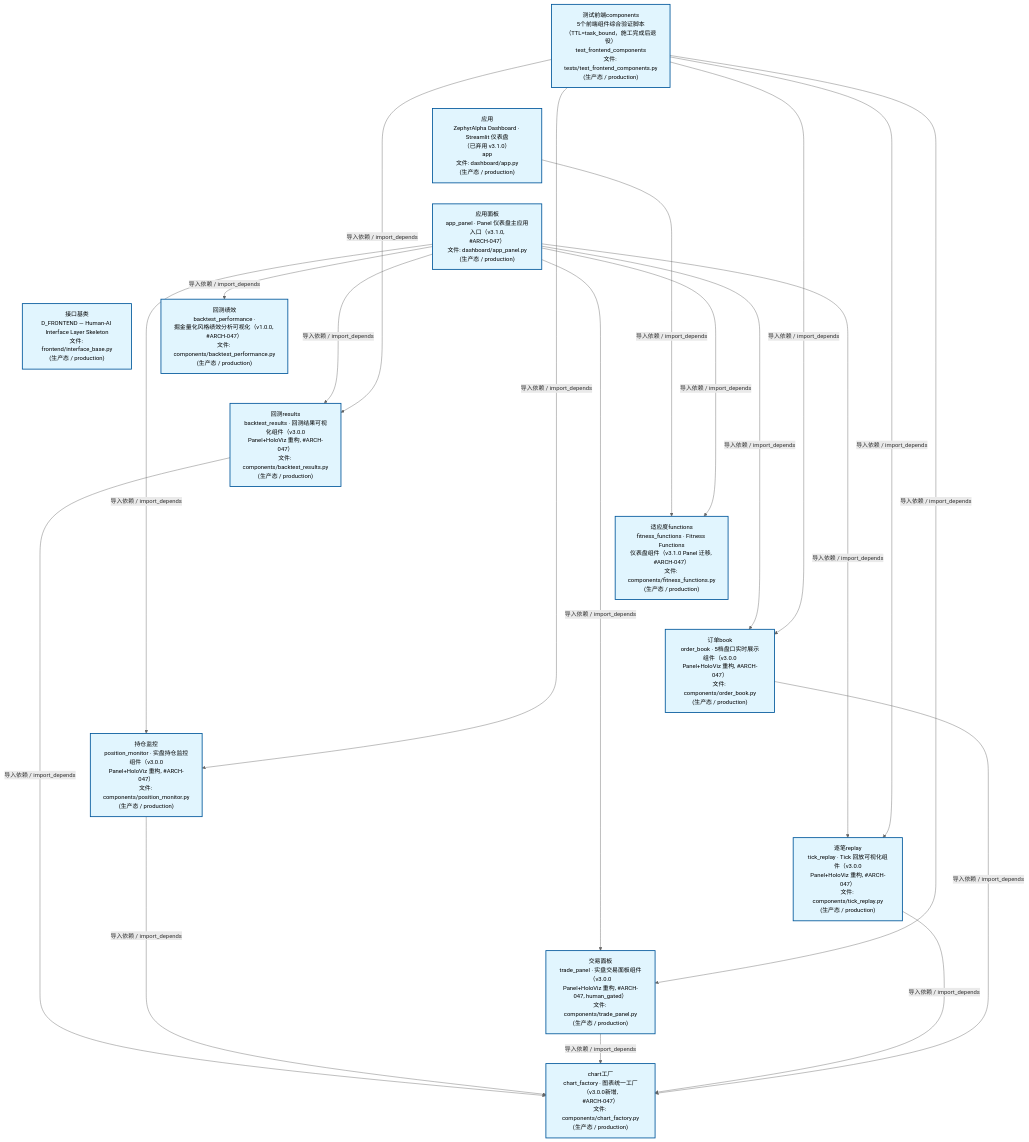
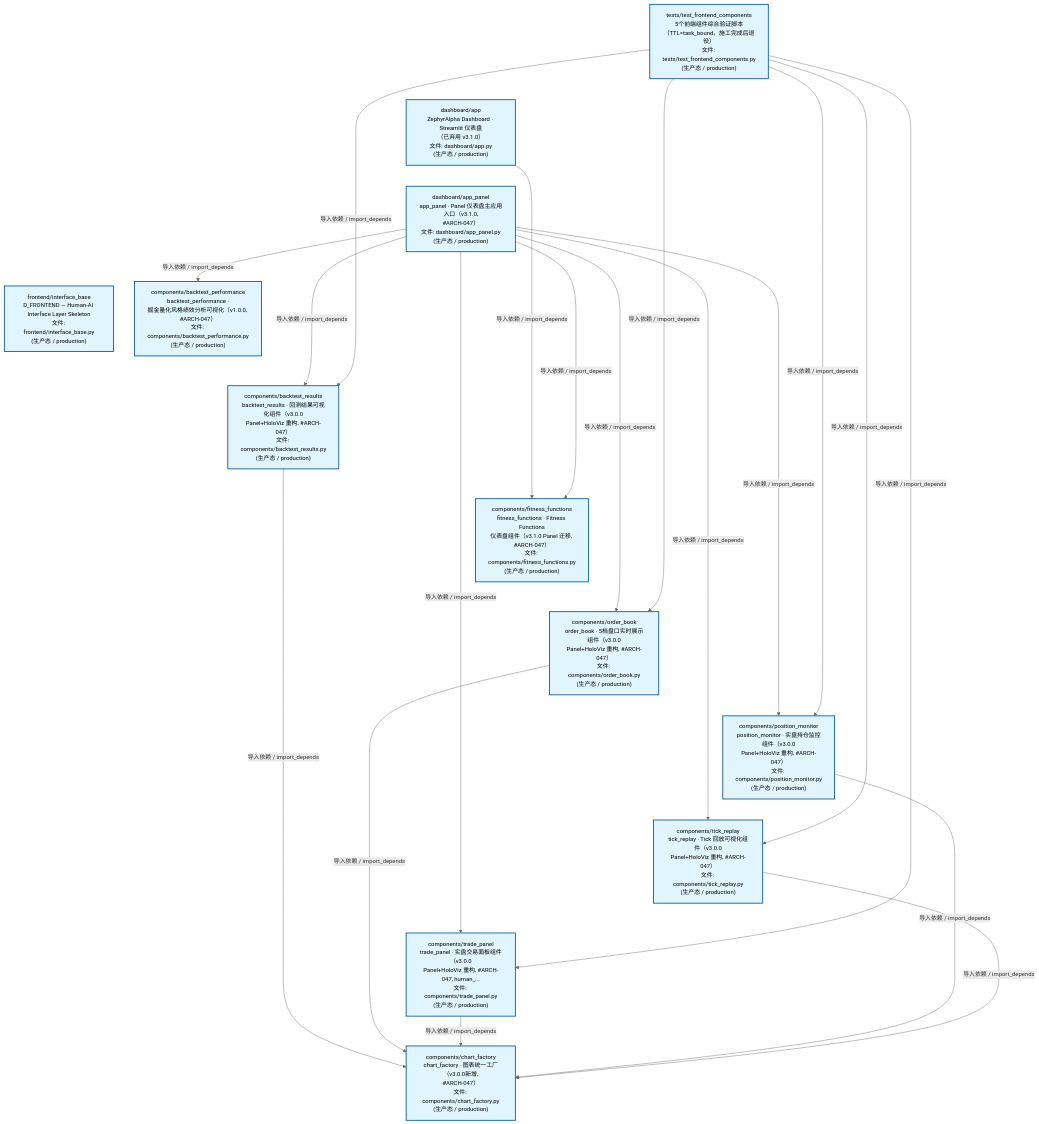
One commit to xuanFelixVan/ZephyrAlpha changed the second of 4 diagrams in docs/02_enterprise_architecture/02_domain_architecture_docs/47_d_frontend.md. Above: the diagram before and after it, drawn with Mermaid. The commit also changed other lines of this file and 58 other files, not shown here.

````diff
--- a/docs/02_enterprise_architecture/02_domain_architecture_docs/47_d_frontend.md
+++ b/docs/02_enterprise_architecture/02_domain_architecture_docs/47_d_frontend.md
@@ -124,48 +124,48 @@
 ```mermaid
 %%{init: {'theme': 'base', 'themeVariables': {'primaryColor': '#eaeaea', 'primaryTextColor': '#333333', 'primaryBorderColor': '#666666', 'lineColor': '#666666', 'secondaryColor': '#eaeaea', 'tertiaryColor': '#eaeaea', 'fontSize': '14px'}}}%%
 flowchart TD
-    scripts_tests_test_frontend_components_py["测试前端components<br/>5个前端组件综合验证脚本<br/>（TTL=task_bound，施工完成后退役）<br/>test_frontend_components<br/>文件: tests/test_frontend_components.py<br/>(生产态 / production)"]
-    src_zephyr_frontend_dashboard_app_py["应用<br/>ZephyrAlpha Dashboard · Streamlit 仪表盘<br/>（已弃用 v3.1.0）<br/>app<br/>文件: dashboard/app.py<br/>(生产态 / production)"]
-    src_zephyr_frontend_dashboard_app_panel_py["应用面板<br/>app_panel · Panel 仪表盘主应用入口（v3.1.0,<br/>#ARCH-047）<br/>文件: dashboard/app_panel.py<br/>(生产态 / production)"]
-    src_zephyr_frontend_interface_base_py["接口基类<br/>D_FRONTEND — Human-AI Interface Layer Skeleton<br/>文件: frontend/interface_base.py<br/>(生产态 / production)"]
+    scripts_tests_test_frontend_components_py["tests/test_frontend_components<br/>5个前端组件综合验证脚本<br/>（TTL=task_bound，施工完成后退役）<br/>文件: tests/test_frontend_components.py<br/>(生产态 / production)"]
+    src_zephyr_frontend_dashboard_app_py["dashboard/app<br/>ZephyrAlpha Dashboard · Streamlit 仪表盘<br/>（已弃用 v3.1.0）<br/>文件: dashboard/app.py<br/>(生产态 / production)"]
+    src_zephyr_frontend_dashboard_app_panel_py["dashboard/app_panel<br/>app_panel · Panel 仪表盘主应用入口（v3.1.0,<br/>#ARCH-047）<br/>文件: dashboard/app_panel.py<br/>(生产态 / production)"]
+    src_zephyr_frontend_interface_base_py["frontend/interface_base<br/>D_FRONTEND — Human-AI Interface Layer Skeleton<br/>文件: frontend/interface_base.py<br/>(生产态 / production)"]
     scripts_tests_test_frontend_components_py ~~~ src_zephyr_frontend_dashboard_app_py
     src_zephyr_frontend_dashboard_app_py ~~~ src_zephyr_frontend_dashboard_app_panel_py
     src_zephyr_frontend_dashboard_app_panel_py ~~~ src_zephyr_frontend_interface_base_py
-    src_zephyr_frontend_dashboard_components_backtest_performance_py["回测绩效<br/>backtest_performance ·<br/>掘金量化风格绩效分析可视化（v1.0.0, #ARCH-047）<br/>文件: components/backtest_performance.py<br/>(生产态 / production)"]
-    src_zephyr_frontend_dashboard_components_backtest_results_py["回测results<br/>backtest_results · 回测结果可视化组件（v3.0.0<br/>Panel+HoloViz 重构, #ARCH-047）<br/>文件: components/backtest_results.py<br/>(生产态 / production)"]
-    src_zephyr_frontend_dashboard_components_fitness_functions_py["适应度functions<br/>fitness_functions · Fitness Functions<br/>仪表盘组件（v3.1.0 Panel 迁移, #ARCH-047）<br/>文件: components/fitness_functions.py<br/>(生产态 / production)"]
-    src_zephyr_frontend_dashboard_components_order_book_py["订单book<br/>order_book · 5档盘口实时展示组件（v3.0.0<br/>Panel+HoloViz 重构, #ARCH-047）<br/>文件: components/order_book.py<br/>(生产态 / production)"]
-    src_zephyr_frontend_dashboard_components_position_monitor_py["持仓监控<br/>position_monitor · 实盘持仓监控组件（v3.0.0<br/>Panel+HoloViz 重构, #ARCH-047）<br/>文件: components/position_monitor.py<br/>(生产态 / production)"]
-    src_zephyr_frontend_dashboard_components_tick_replay_py["逐笔replay<br/>tick_replay · Tick 回放可视化组件（v3.0.0<br/>Panel+HoloViz 重构, #ARCH-047）<br/>文件: components/tick_replay.py<br/>(生产态 / production)"]
-    src_zephyr_frontend_dashboard_components_trade_panel_py["交易面板<br/>trade_panel · 实盘交易面板组件（v3.0.0<br/>Panel+HoloViz 重构, #ARCH-047, human_gated）<br/>文件: components/trade_panel.py<br/>(生产态 / production)"]
+    src_zephyr_frontend_dashboard_components_backtest_performance_py["components/backtest_performance<br/>backtest_performance ·<br/>掘金量化风格绩效分析可视化（v1.0.0, #ARCH-047）<br/>文件: components/backtest_performance.py<br/>(生产态 / production)"]
+    src_zephyr_frontend_dashboard_components_backtest_results_py["components/backtest_results<br/>backtest_results · 回测结果可视化组件（v3.0.0<br/>Panel+HoloViz 重构, #ARCH-047）<br/>文件: components/backtest_results.py<br/>(生产态 / production)"]
+    src_zephyr_frontend_dashboard_components_fitness_functions_py["components/fitness_functions<br/>fitness_functions · Fitness Functions<br/>仪表盘组件（v3.1.0 Panel 迁移, #ARCH-047）<br/>文件: components/fitness_functions.py<br/>(生产态 / production)"]
+    src_zephyr_frontend_dashboard_components_order_book_py["components/order_book<br/>order_book · 5档盘口实时展示组件（v3.0.0<br/>Panel+HoloViz 重构, #ARCH-047）<br/>文件: components/order_book.py<br/>(生产态 / production)"]
+    src_zephyr_frontend_dashboard_components_position_monitor_py["components/position_monitor<br/>position_monitor · 实盘持仓监控组件（v3.0.0<br/>Panel+HoloViz 重构, #ARCH-047）<br/>文件: components/position_monitor.py<br/>(生产态 / production)"]
+    src_zephyr_frontend_dashboard_components_tick_replay_py["components/tick_replay<br/>tick_replay · Tick 回放可视化组件（v3.0.0<br/>Panel+HoloViz 重构, #ARCH-047）<br/>文件: components/tick_replay.py<br/>(生产态 / production)"]
+    src_zephyr_frontend_dashboard_components_trade_panel_py["components/trade_panel<br/>trade_panel · 实盘交易面板组件（v3.0.0<br/>Panel+HoloViz 重构, #ARCH-047, human_...<br/>文件: components/trade_panel.py<br/>(生产态 / production)"]
     src_zephyr_frontend_dashboard_components_backtest_performance_py ~~~ src_zephyr_frontend_dashboard_components_backtest_results_py
     src_zephyr_frontend_dashboard_components_backtest_results_py ~~~ src_zephyr_frontend_dashboard_components_fitness_functions_py
     src_zephyr_frontend_dashboard_components_fitness_functions_py ~~~ src_zephyr_frontend_dashboard_components_order_book_py
     src_zephyr_frontend_dashboard_components_order_book_py ~~~ src_zephyr_frontend_dashboard_components_position_monitor_py
     src_zephyr_frontend_dashboard_components_position_monitor_py ~~~ src_zephyr_frontend_dashboard_components_tick_replay_py
     src_zephyr_frontend_dashboard_components_tick_replay_py ~~~ src_zephyr_frontend_dashboard_components_trade_panel_py
-    src_zephyr_frontend_dashboard_components_chart_factory_py["chart工厂<br/>chart_factory · 图表统一工厂（v3.0.0新增,<br/>#ARCH-047）<br/>文件: components/chart_factory.py<br/>(生产态 / production)"]
+    src_zephyr_frontend_dashboard_components_chart_factory_py["components/chart_factory<br/>chart_factory · 图表统一工厂（v3.0.0新增,<br/>#ARCH-047）<br/>文件: components/chart_factory.py<br/>(生产态 / production)"]
+    src_zephyr_frontend_dashboard_app_py -->|导入依赖 / import_depends| src_zephyr_frontend_dashboard_components_fitness_functions_py
     src_zephyr_frontend_dashboard_components_backtest_results_py -->|导入依赖 / import_depends| src_zephyr_frontend_dashboard_components_chart_factory_py
-    src_zephyr_frontend_dashboard_app_py -->|导入依赖 / import_depends| src_zephyr_frontend_dashboard_components_fitness_functions_py
     src_zephyr_frontend_dashboard_app_panel_py -->|导入依赖 / import_depends| src_zephyr_frontend_dashboard_components_backtest_results_py
     src_zephyr_frontend_dashboard_app_panel_py -->|导入依赖 / import_depends| src_zephyr_frontend_dashboard_components_backtest_performance_py
     src_zephyr_frontend_dashboard_app_panel_py -->|导入依赖 / import_depends| src_zephyr_frontend_dashboard_components_fitness_functions_py
+    src_zephyr_frontend_dashboard_app_panel_py -->|导入依赖 / import_depends| src_zephyr_frontend_dashboard_components_order_book_py
+    src_zephyr_frontend_dashboard_app_panel_py -->|导入依赖 / import_depends| src_zephyr_frontend_dashboard_components_trade_panel_py
     src_zephyr_frontend_dashboard_app_panel_py -->|导入依赖 / import_depends| src_zephyr_frontend_dashboard_components_position_monitor_py
-    src_zephyr_frontend_dashboard_app_panel_py -->|导入依赖 / import_depends| src_zephyr_frontend_dashboard_components_trade_panel_py
     src_zephyr_frontend_dashboard_app_panel_py -->|导入依赖 / import_depends| src_zephyr_frontend_dashboard_components_tick_replay_py
-    src_zephyr_frontend_dashboard_app_panel_py -->|导入依赖 / import_depends| src_zephyr_frontend_dashboard_components_order_book_py
+    src_zephyr_frontend_dashboard_components_order_book_py -->|导入依赖 / import_depends| src_zephyr_frontend_dashboard_components_chart_factory_py
+    src_zephyr_frontend_dashboard_components_trade_panel_py -->|导入依赖 / import_depends| src_zephyr_frontend_dashboard_components_chart_factory_py
     src_zephyr_frontend_dashboard_components_position_monitor_py -->|导入依赖 / import_depends| src_zephyr_frontend_dashboard_components_chart_factory_py
-    src_zephyr_frontend_dashboard_components_trade_panel_py -->|导入依赖 / import_depends| src_zephyr_frontend_dashboard_components_chart_factory_py
     src_zephyr_frontend_dashboard_components_tick_replay_py -->|导入依赖 / import_depends| src_zephyr_frontend_dashboard_components_chart_factory_py
-    src_zephyr_frontend_dashboard_components_order_book_py -->|导入依赖 / import_depends| src_zephyr_frontend_dashboard_components_chart_factory_py
     scripts_tests_test_frontend_components_py -->|导入依赖 / import_depends| src_zephyr_frontend_dashboard_components_backtest_results_py
+    scripts_tests_test_frontend_components_py -->|导入依赖 / import_depends| src_zephyr_frontend_dashboard_components_order_book_py
+    scripts_tests_test_frontend_components_py -->|导入依赖 / import_depends| src_zephyr_frontend_dashboard_components_trade_panel_py
     scripts_tests_test_frontend_components_py -->|导入依赖 / import_depends| src_zephyr_frontend_dashboard_components_position_monitor_py
-    scripts_tests_test_frontend_components_py -->|导入依赖 / import_depends| src_zephyr_frontend_dashboard_components_trade_panel_py
     scripts_tests_test_frontend_components_py -->|导入依赖 / import_depends| src_zephyr_frontend_dashboard_components_tick_replay_py
-    scripts_tests_test_frontend_components_py -->|导入依赖 / import_depends| src_zephyr_frontend_dashboard_components_order_book_py
     classDef production fill:#e1f5fe,stroke:#01579b,stroke-width:2px,color:#000
     classDef design fill:#fff3e0,stroke:#e65100,stroke-width:2px,color:#000,stroke-dasharray: 5 5
     classDef external_prod fill:#e8f4fd,stroke:#0277bd,stroke-width:1px,color:#000
     classDef external_design fill:#fff8e7,stroke:#ef6c00,stroke-width:1px,color:#000,stroke-dasharray: 5 5
     class scripts_tests_test_frontend_components_py,src_zephyr_frontend_dashboard_app_py,src_zephyr_frontend_dashboard_app_panel_py,src_zephyr_frontend_dashboard_components_backtest_performance_py,src_zephyr_frontend_dashboard_components_backtest_results_py,src_zephyr_frontend_dashboard_components_chart_factory_py,src_zephyr_frontend_dashboard_components_fitness_functions_py,src_zephyr_frontend_dashboard_components_order_book_py,src_zephyr_frontend_dashboard_components_position_monitor_py,src_zephyr_frontend_dashboard_components_tick_replay_py,src_zephyr_frontend_dashboard_components_trade_panel_py,src_zephyr_frontend_interface_base_py production
 ```
````
